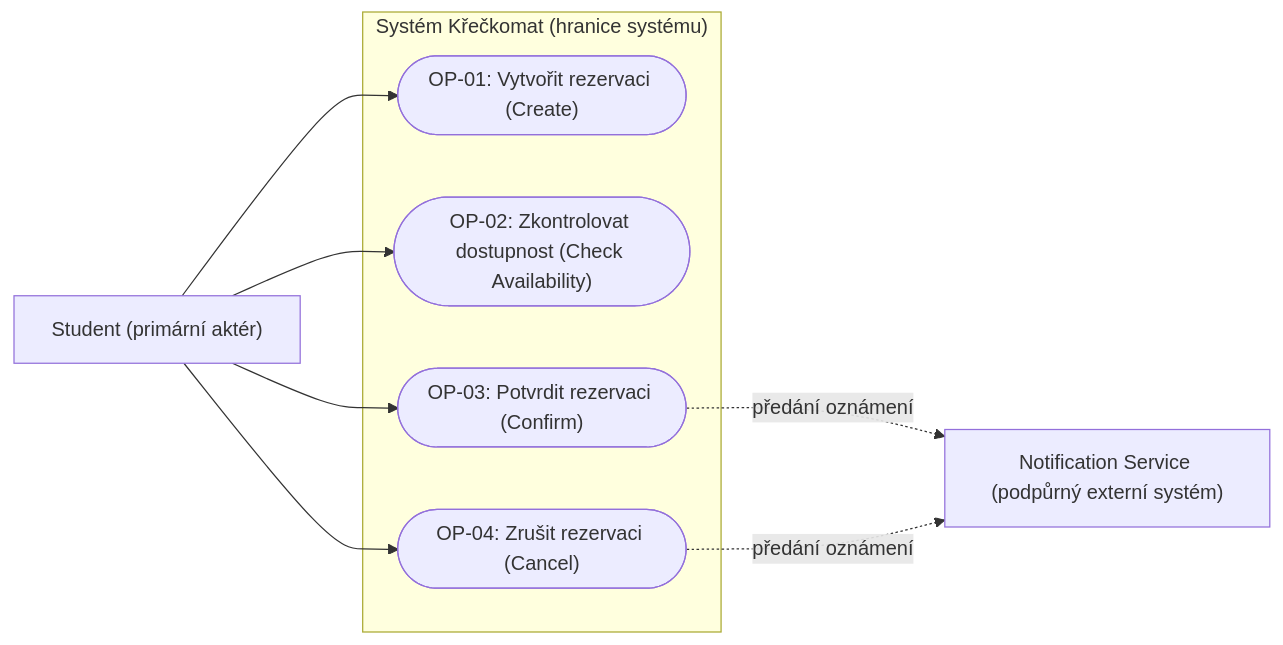
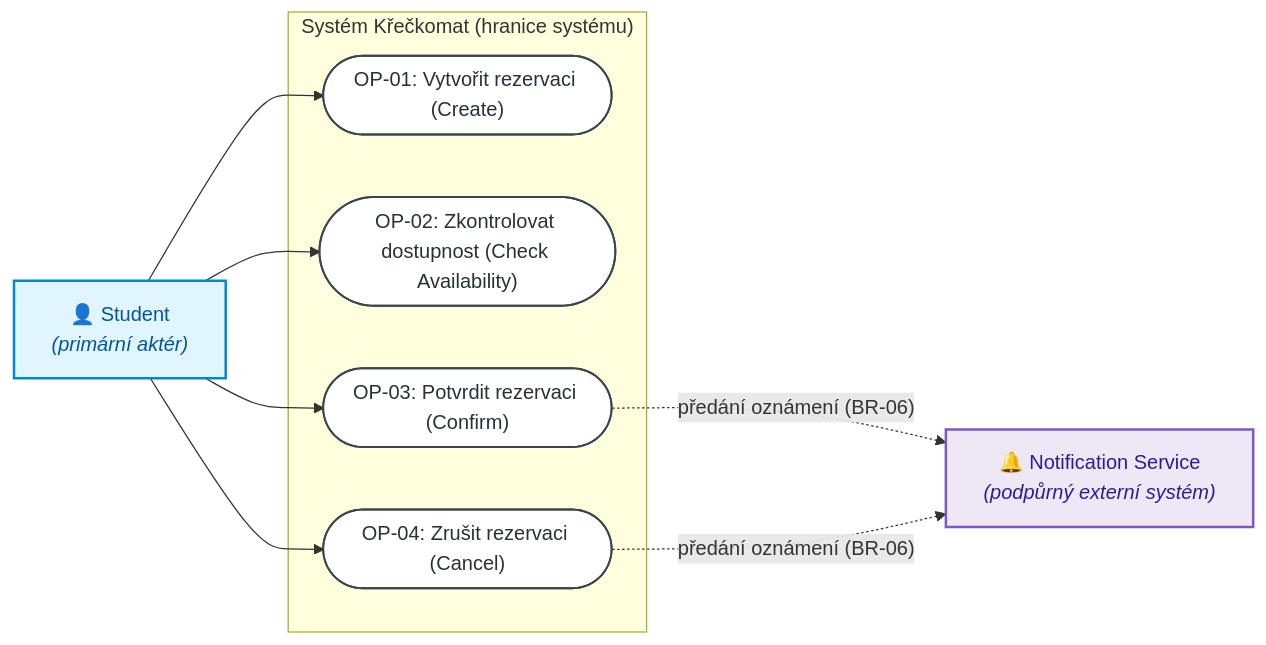
The first of 6 diagrams in DIAGRAMS.md (tomaskirnig/SWI_2027), drawn with Mermaid before and after one commit. The commit also changed other lines of this file and 1 other file, not shown here.

Commit message:
refactor: Refactored diagrams.md

````diff
--- a/DIAGRAMS.md
+++ b/DIAGRAMS.md
@@ -32,21 +32,25 @@
 ```mermaid
 flowchart LR
-    Student["Student (primární aktér)"]
+    classDef actorStyle fill:#e1f5fe,stroke:#0288d1,stroke-width:2px,color:#01579b;
+    classDef extStyle fill:#ede7f6,stroke:#7e57c2,stroke-width:2px,color:#311b92;
+    classDef ucStyle fill:#ffffff,stroke:#37474f,stroke-width:1.5px,color:#263238;
+
+    Student["👤 Student<br/><i>(primární aktér)</i>"]:::actorStyle
     
-    subgraph System["Systém Křečkomat (hranice systému)"]
-        UC1(["OP-01: Vytvořit rezervaci (Create)"])
-        UC2(["OP-02: Zkontrolovat dostupnost (Check Availability)"])
-        UC3(["OP-03: Potvrdit rezervaci (Confirm)"])
-        UC4(["OP-04: Zrušit rezervaci (Cancel)"])
+    subgraph System[" Systém Křečkomat (hranice systému) "]
+        UC1(["OP-01: Vytvořit rezervaci (Create)"]):::ucStyle
+        UC2(["OP-02: Zkontrolovat dostupnost (Check Availability)"]):::ucStyle
+        UC3(["OP-03: Potvrdit rezervaci (Confirm)"]):::ucStyle
+        UC4(["OP-04: Zrušit rezervaci (Cancel)"]):::ucStyle
     end
 
-    NotificationService["Notification Service (podpůrný externí systém)"]
+    NotificationService["🔔 Notification Service<br/><i>(podpůrný externí systém)</i>"]:::extStyle
 
     Student --> UC1
     Student --> UC2
     Student --> UC3
     Student --> UC4
 
-    UC3 -.->|"předání oznámení"| NotificationService
-    UC4 -.->|"předání oznámení"| NotificationService
+    UC3 -.->|"předání oznámení (BR-06)"| NotificationService
+    UC4 -.->|"předání oznámení (BR-06)"| NotificationService
 ```
````
